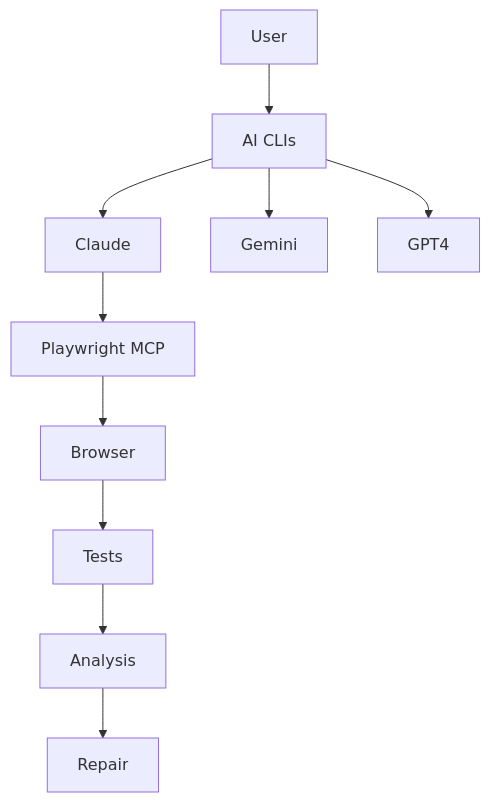
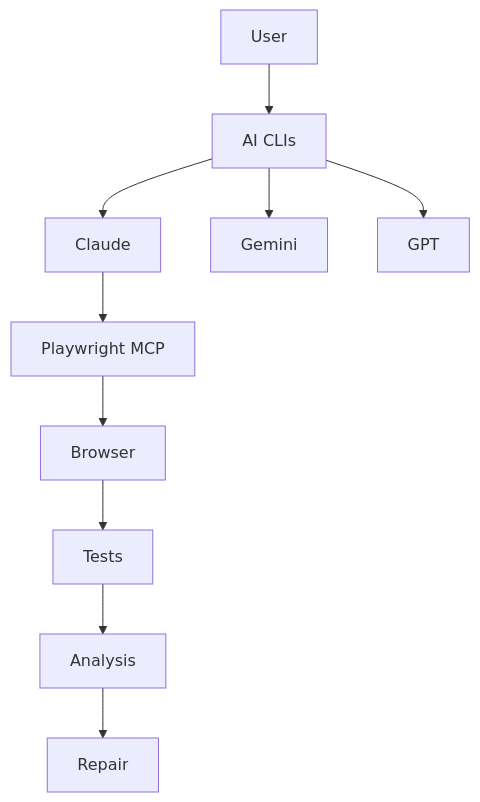
The first of 3 diagrams in memory-bank/systemPatterns.md (clarencechien/play-right-with-ai), drawn with Mermaid before and after one commit. The commit also changed other lines of this file and 49 other files, not shown here.

````diff
--- a/memory-bank/systemPatterns.md
+++ b/memory-bank/systemPatterns.md
@@ -77,14 +77,14 @@
 ```mermaid
 graph TD
     User --> CLI[AI CLIs]
     CLI --> Claude
     CLI --> Gemini
-    CLI --> GPT4
+    CLI --> GPT
     
     Claude --> MCP[Playwright MCP]
     MCP --> Browser
     Browser --> Tests
     
     Tests --> Analysis
     Analysis --> Repair
 ```
````
